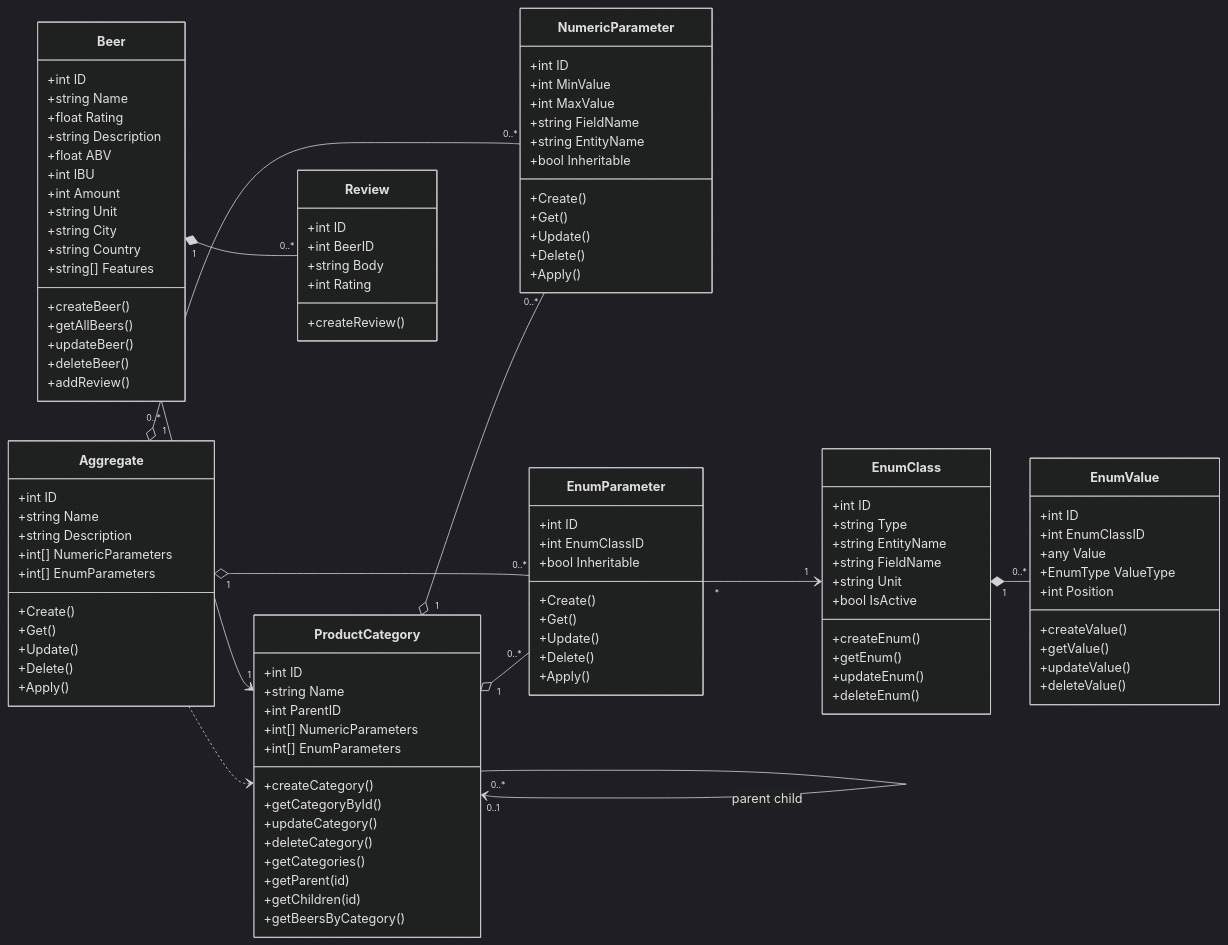
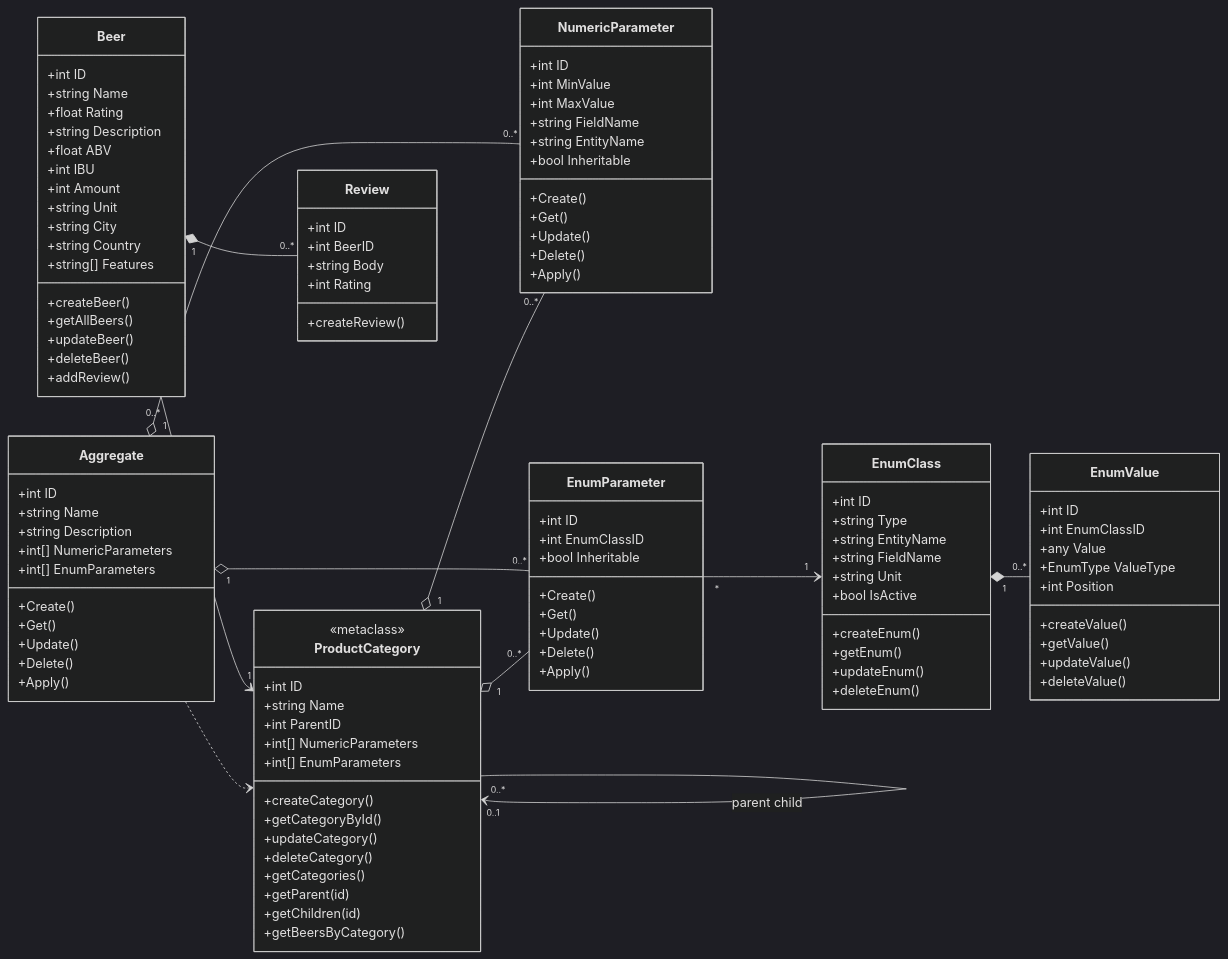
One commit to lazarevFedor/Brewery changed the diagram in doc/class_diagram_v1.2.0.md. Above: the diagram before and after it, drawn with Mermaid (dark theme).

Commit message:
feat(doc): add metaclass mark into diagram

```diff
--- a/doc/class_diagram_v1.2.0.md
+++ b/doc/class_diagram_v1.2.0.md
@@ -86,6 +86,7 @@
     }
 
     class ProductCategory {
+        <<metaclass>>
         +int ID
         +string Name
         +int ParentID
```
